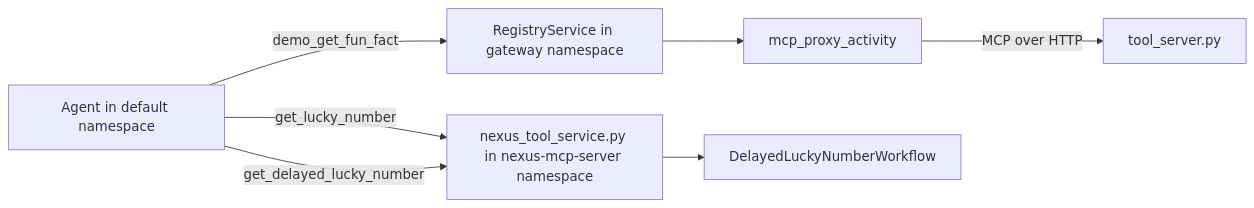
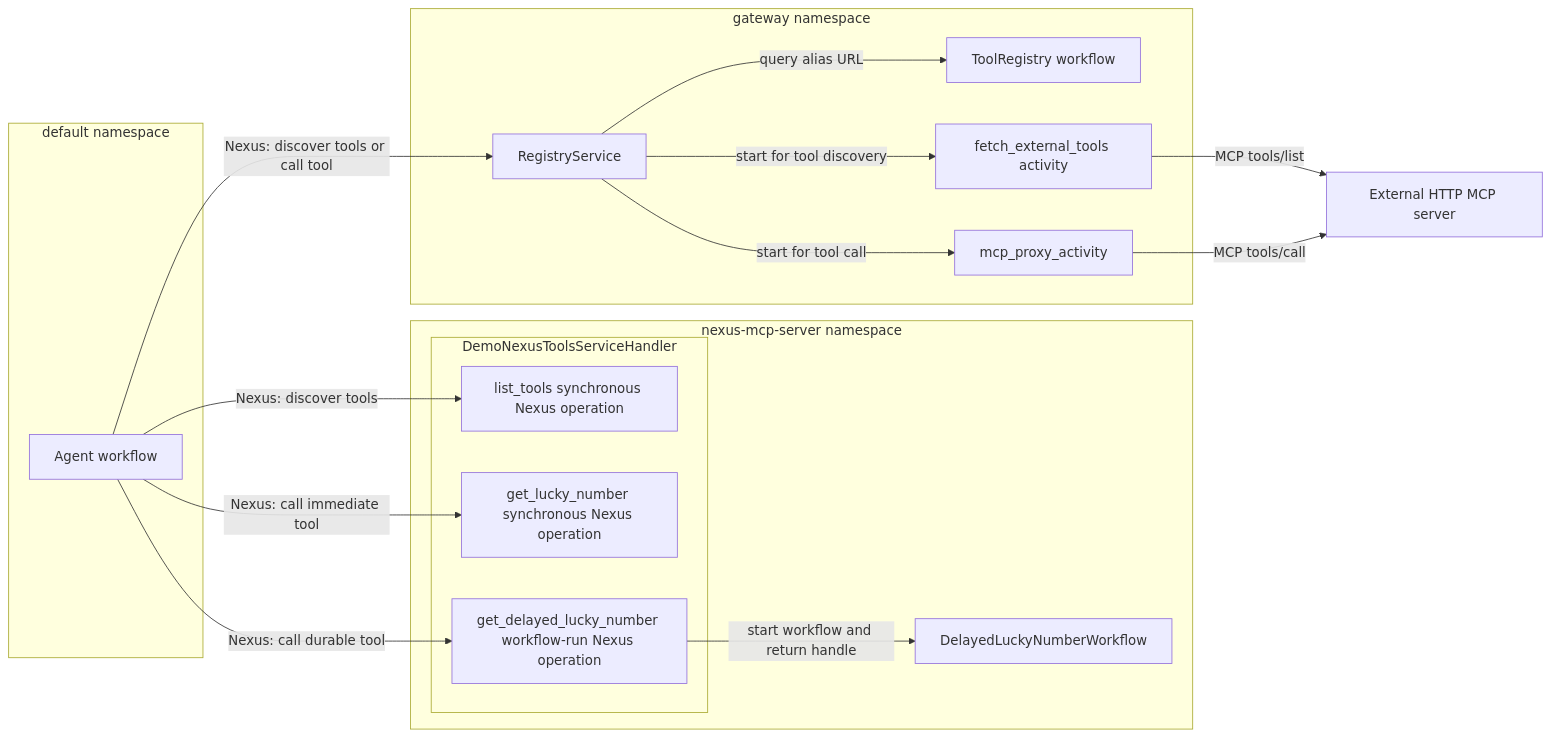
The diagram in examples/nexus_hello/README.md (temporal-community/temporal-agent-harness), drawn with Mermaid before and after one commit. The commit also changed other lines of this file and 15 other files, not shown here.

Commit message:
Tease out MCP structure a bit more, separate README.md and ARCHITECTURE.md (#118)

````diff
--- a/examples/nexus_hello/README.md
+++ b/examples/nexus_hello/README.md
@@ -140,16 +39,36 @@
 ```mermaid
 flowchart LR
-    agent[Agent in default namespace]
-    gateway[RegistryService in gateway namespace]
-    proxy[mcp_proxy_activity]
-    external[tool_server.py]
-    native[nexus_tool_service.py in nexus-mcp-server namespace]
-    delayed[DelayedLuckyNumberWorkflow]
+    subgraph default_ns[default namespace]
+        agent[Agent workflow]
+    end
 
-    agent -->|demo_get_fun_fact| gateway
-    gateway --> proxy
-    proxy -->|MCP over HTTP| external
-    agent -->|get_lucky_number| native
-    agent -->|get_delayed_lucky_number| native
-    native --> delayed
+    subgraph native_ns[nexus-mcp-server namespace]
+        subgraph native_service[DemoNexusToolsServiceHandler]
+            manifest[list_tools synchronous Nexus operation]
+            lucky[get_lucky_number synchronous Nexus operation]
+            delayed_op[get_delayed_lucky_number workflow-run Nexus operation]
+        end
+        delayed_workflow[DelayedLuckyNumberWorkflow]
+    end
+
+    subgraph gateway_ns[gateway namespace]
+        gateway[RegistryService]
+        registry[ToolRegistry workflow]
+        fetch[fetch_external_tools activity]
+        proxy[mcp_proxy_activity]
+    end
+
+    external[External HTTP MCP server]
+
+    agent -->|Nexus: discover tools| manifest
+    agent -->|Nexus: call immediate tool| lucky
+    agent -->|Nexus: call durable tool| delayed_op
+    delayed_op -->|start workflow and return handle| delayed_workflow
+
+    agent -->|Nexus: discover tools or call tool| gateway
+    gateway -->|query alias URL| registry
+    gateway -->|start for tool discovery| fetch
+    gateway -->|start for tool call| proxy
+    fetch -->|MCP tools/list| external
+    proxy -->|MCP tools/call| external
 ```
````
